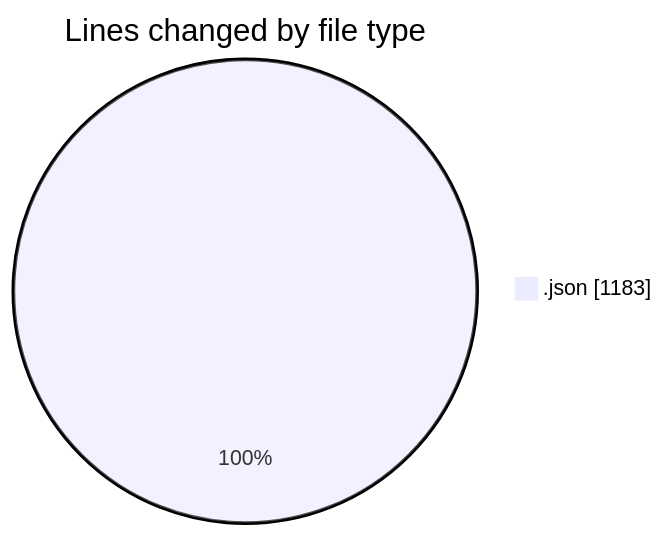
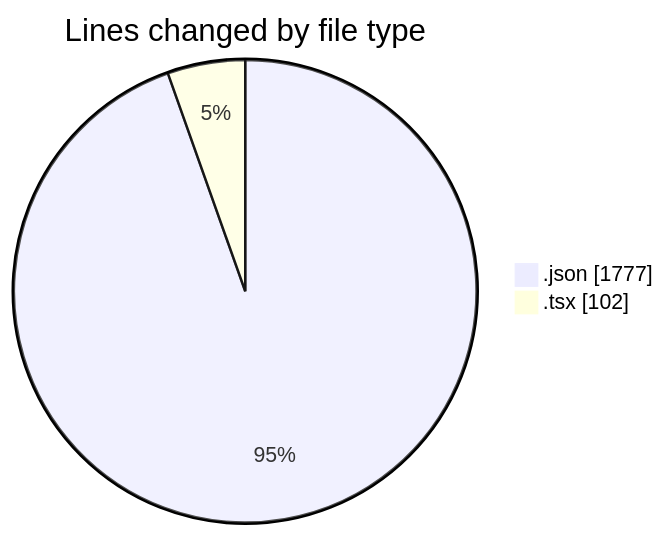
The first of 2 diagrams in 2025-08-14/ribbon/README.md (EIIisD/code-tracking), drawn with Mermaid before and after one commit. The commit also changed other lines of this file and 1 other file, not shown here.

````diff
--- a/2025-08-14/ribbon/README.md
+++ b/2025-08-14/ribbon/README.md
@@ -20,5 +22,6 @@
 ```mermaid
 pie showData
 title Lines changed by file type
-".json" : 1183
+".json" : 1777
+".tsx" : 102
 ```
````
